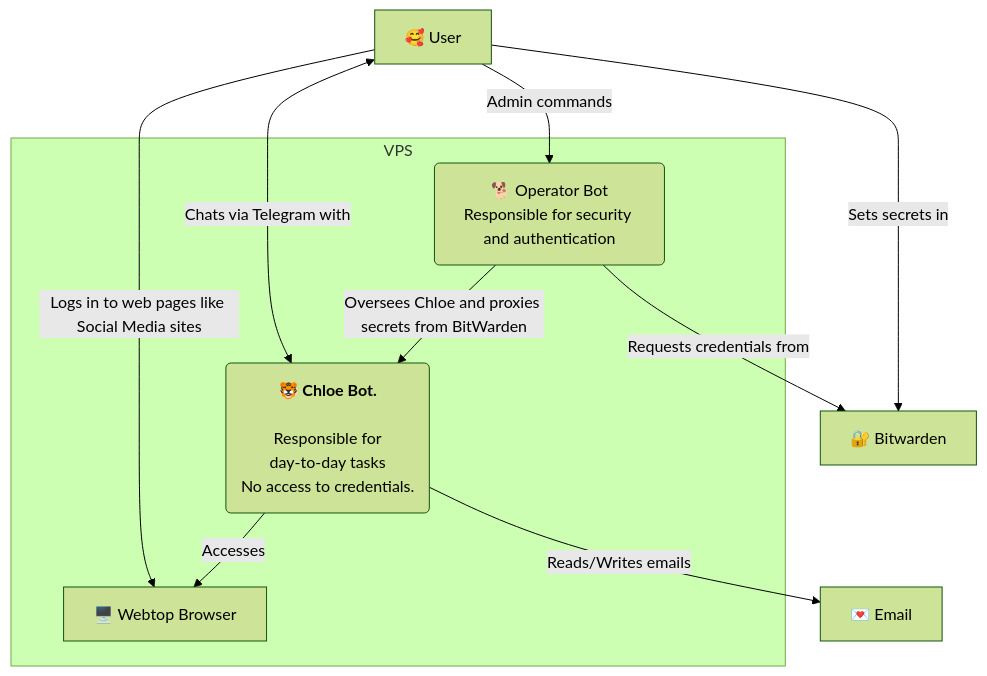
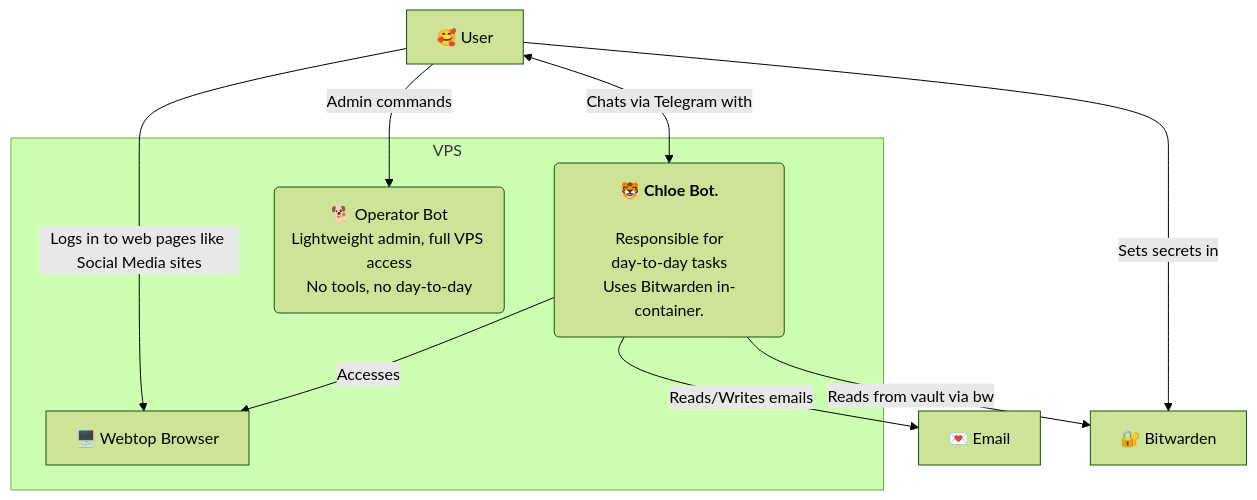
Before and after one commit to mere/openclaw-stack: the diagram in README.md, drawn with Mermaid (forest theme). The commit also changed other lines of this file and 32 other files, not shown here.

````diff
--- a/README.md
+++ b/README.md
@@ -179,25 +174,24 @@
 ```mermaid
 flowchart TD
-    CH("<b>🐯 Chloe Bot.</b><br/><br/>Responsible for<br/>day-to-day tasks<br/>No access to credentials.")
-    OP("🐕 Operator Bot<br/>Responsible for security and authentication")
+    CH("<b>🐯 Chloe Bot.</b><br/><br/>Responsible for<br/>day-to-day tasks<br/>Uses Bitwarden in-container.")
+    OP("🐕 Operator Bot<br/>Lightweight admin, full VPS access<br/>No tools, no day-to-day")
     U[🥰 User]
     E[💌 Email]
     BW[🔐 Bitwarden]
     BR[🖥️ Webtop Browser]
 
     U -->|Admin commands| OP
     U <-->|Chats via Telegram with| CH
 
-    OP -->|Requests credentials from| BW
-    OP -->|Oversees Chloe and proxies secrets from BitWarden| CH
+    CH -->|Reads from vault via bw| BW
     U -->|Logs in to web pages like Social Media sites| BR
     CH -->|Accesses| BR
     U -->|Sets secrets in| BW
     CH -->|Reads/Writes emails| E
 
     subgraph VPS
         CH
         BR
         OP
     end
 ```
````
